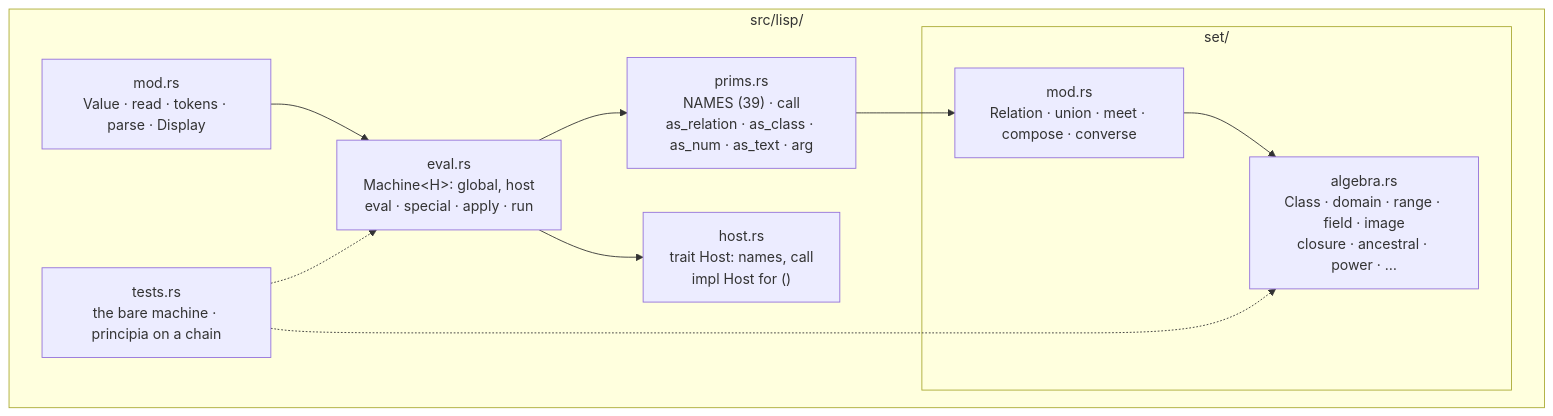
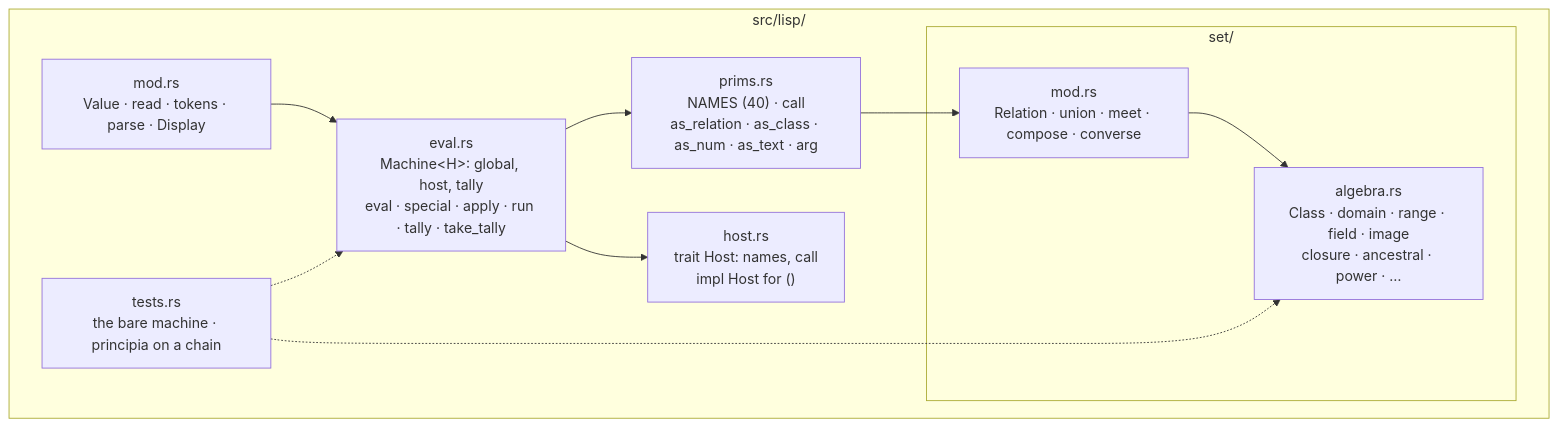
Before and after one commit to gemphi/phinet: the second of 4 diagrams in docs/phiclm/lisp/architecture.md, drawn with Mermaid. The commit also changed 10 other files, not shown here.

First line of the commit message:
phisor: machine::usage - what a run invoked, counted; the guide's questions measured

````diff
--- a/docs/phiclm/lisp/architecture.md
+++ b/docs/phiclm/lisp/architecture.md
@@ -30,21 +30,21 @@
 ```mermaid
 graph TD
     subgraph lispmod["src/lisp/"]
         mod_["mod.rs<br/>Value · read · tokens · parse · Display"]
-        eval["eval.rs<br/>Machine&lt;H&gt;: global, host<br/>eval · special · apply · run"]
-        prims["prims.rs<br/>NAMES (39) · call<br/>as_relation · as_class · as_num · as_text · arg"]
+        eval["eval.rs<br/>Machine&lt;H&gt;: global, host, tally<br/>eval · special · apply · run · tally · take_tally"]
+        prims["prims.rs<br/>NAMES (40) · call<br/>as_relation · as_class · as_num · as_text · arg"]
         host_["host.rs<br/>trait Host: names, call<br/>impl Host for ()"]
         subgraph setdir["set/"]
             setmod["mod.rs<br/>Relation · union · meet · compose · converse"]
             algebra["algebra.rs<br/>Class · domain · range · field · image<br/>closure · ancestral · power · …"]
         end
         tests["tests.rs<br/>the bare machine · principia on a chain"]
     end
     mod_ --> eval
     eval --> prims
     eval --> host_
     prims --> setmod
     setmod --> algebra
     tests -.-> eval
     tests -.-> algebra
 ```
````
